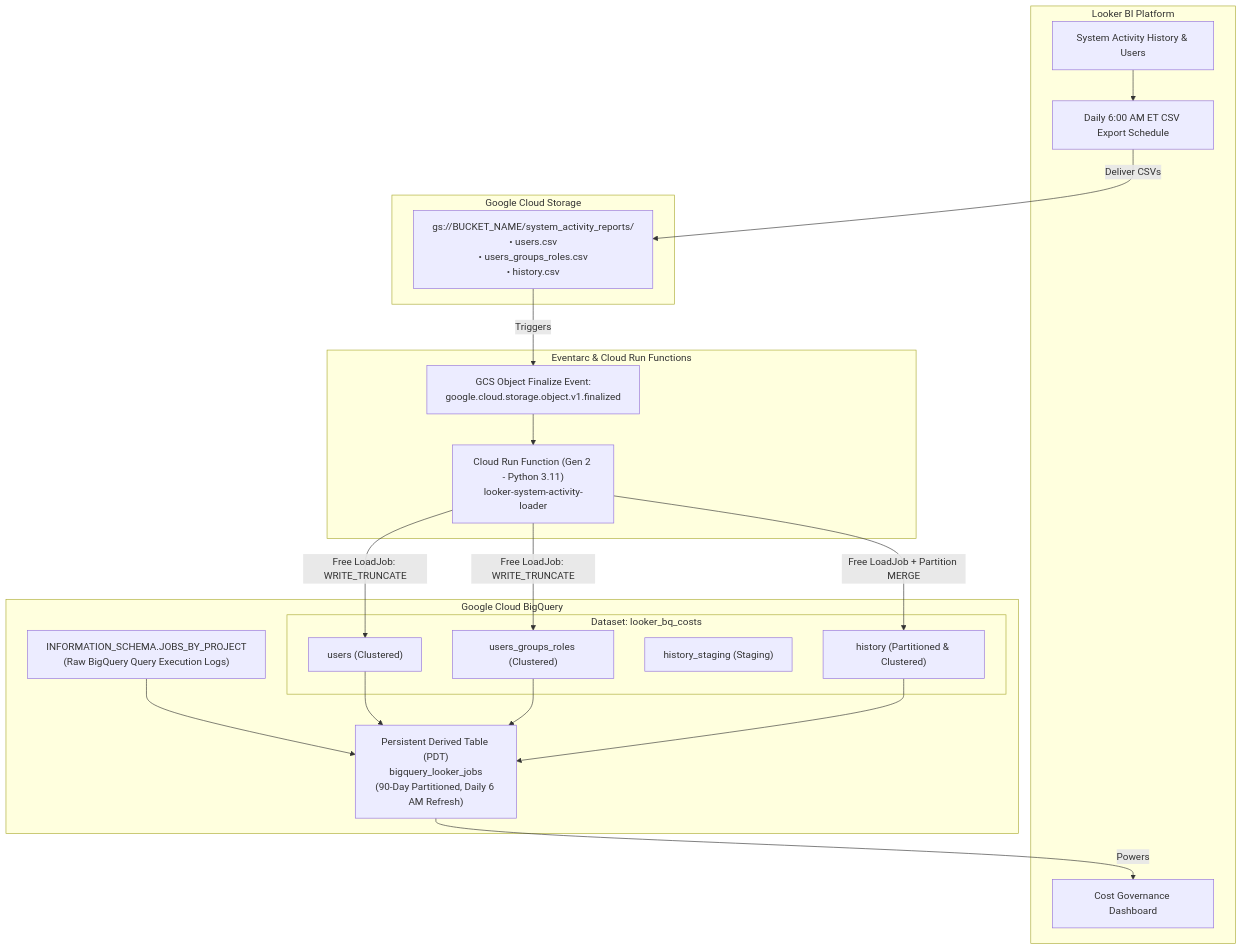
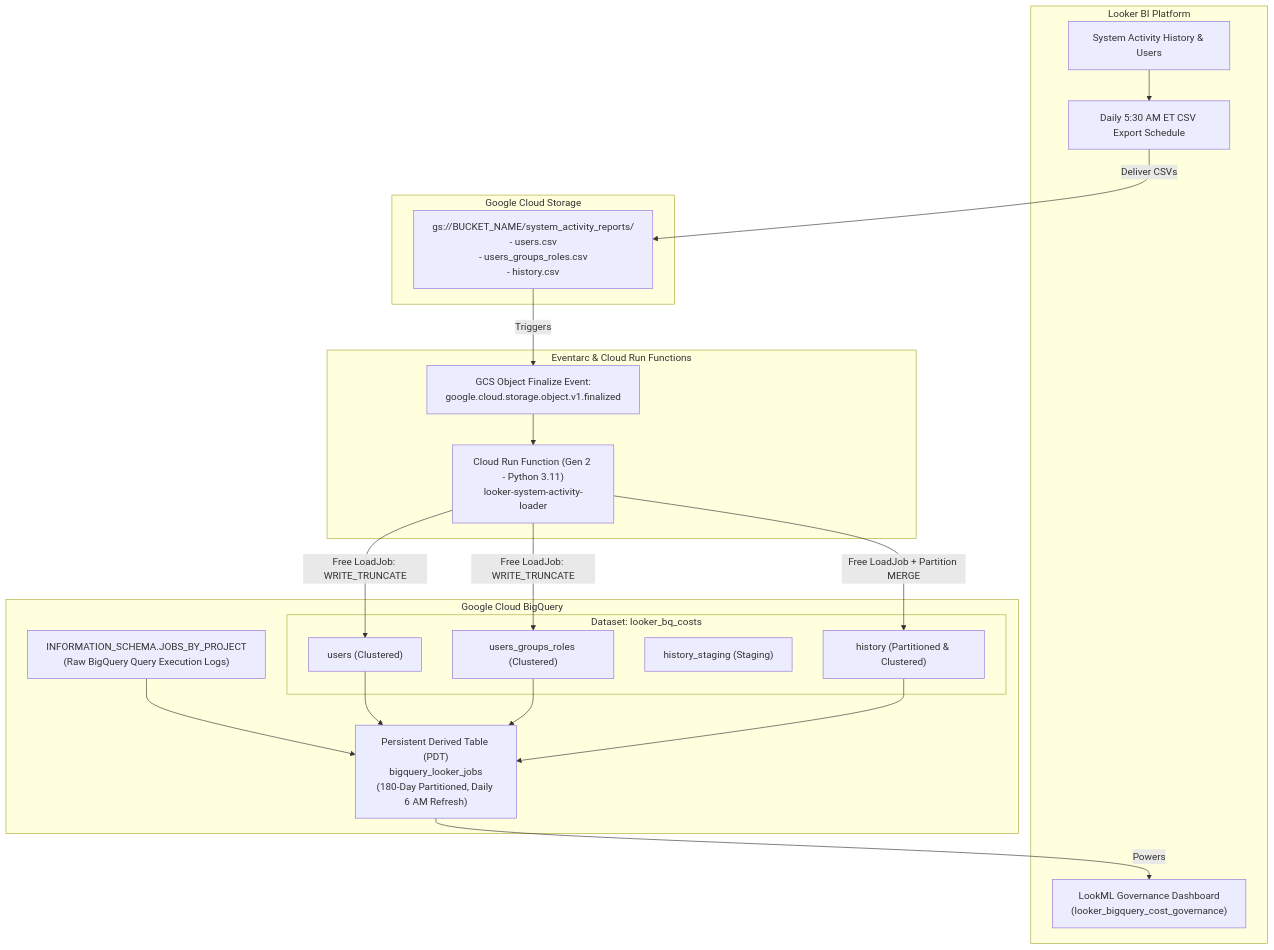
The diagram in README.md (Ace-Kinkaid/looker-bigquery-costs-public), drawn with Mermaid before and after one commit. The commit also changed other lines of this file, not shown here.

Commit message:
Update README: remove emojis, add LookML dashboard details, clone & project setup guides, PDT timing, and placeholder reference

````diff
--- a/README.md
+++ b/README.md
@@ -31,45 +45,45 @@
 ```mermaid
 flowchart TD
     subgraph Looker ["Looker BI Platform"]
         SA["System Activity History & Users"]
-        Sched["Daily 6:00 AM ET CSV Export Schedule"]
-        UI["Cost Governance Dashboard"]
+        Sched["Daily 5:30 AM ET CSV Export Schedule"]
+        UI["LookML Governance Dashboard<br/>(looker_bigquery_cost_governance)"]
         SA --> Sched
     end
 
     subgraph Storage ["Google Cloud Storage"]
-        GCS["gs://BUCKET_NAME/system_activity_reports/<br/>• users.csv<br/>• users_groups_roles.csv<br/>• history.csv"]
+        GCS["gs://BUCKET_NAME/system_activity_reports/<br/>- users.csv<br/>- users_groups_roles.csv<br/>- history.csv"]
     end
 
     subgraph EventarcSub ["Eventarc & Cloud Run Functions"]
         Evt["GCS Object Finalize Event:<br/>google.cloud.storage.object.v1.finalized"]
         CF["Cloud Run Function (Gen 2 - Python 3.11)<br/>looker-system-activity-loader"]
         Evt --> CF
     end
 
     subgraph BigQuery ["Google Cloud BigQuery"]
         IS["INFORMATION_SCHEMA.JOBS_BY_PROJECT<br/>(Raw BigQuery Query Execution Logs)"]
         
         subgraph Dataset ["Dataset: looker_bq_costs"]
             T_Users["users (Clustered)"]
             T_Roles["users_groups_roles (Clustered)"]
             T_HistStaging["history_staging (Staging)"]
             T_Hist["history (Partitioned & Clustered)"]
         end
         
-        PDT["Persistent Derived Table (PDT)<br/>bigquery_looker_jobs<br/>(90-Day Partitioned, Daily 6 AM Refresh)"]
+        PDT["Persistent Derived Table (PDT)<br/>bigquery_looker_jobs<br/>(180-Day Partitioned, Daily 6 AM Refresh)"]
     end
 
     Sched -->|Deliver CSVs| GCS
     GCS -->|Triggers| Evt
     CF -->|"Free LoadJob: WRITE_TRUNCATE"| T_Users
     CF -->|"Free LoadJob: WRITE_TRUNCATE"| T_Roles
     CF -->|"Free LoadJob + Partition MERGE"| T_Hist
     
     IS --> PDT
     T_Users --> PDT
     T_Roles --> PDT
     T_Hist --> PDT
     
     PDT -->|Powers| UI
 ```
````
